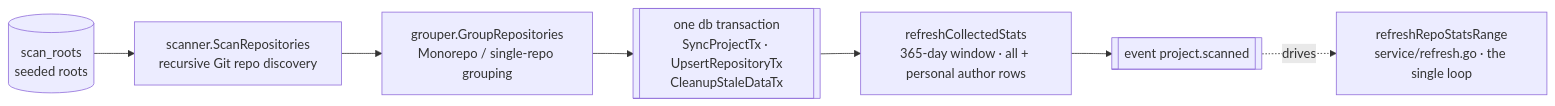
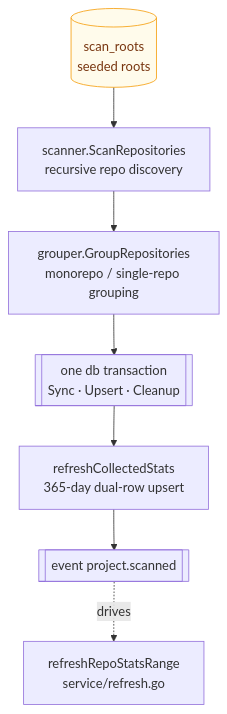
Before and after one commit to sky-jiangcheng/RepoNest: the second of 4 diagrams in docs/en/architecture.md, drawn with Mermaid. The commit also changed other lines of this file and 14 other files, not shown here.

First line of the commit message:
docs(diagrams): 全站 mermaid 图重构 — 告别'宽扁香肠'布局

````diff
--- a/docs/en/architecture.md
+++ b/docs/en/architecture.md
@@ -39,10 +39,11 @@
 ```mermaid
-flowchart LR
-    ROOTS[(scan_roots<br/>seeded roots)] --> SCAN[scanner.ScanRepositories<br/>recursive Git repo discovery]
-    SCAN --> GROUP[grouper.GroupRepositories<br/>Monorepo / single-repo grouping]
-    GROUP --> TX[["one db transaction<br/>SyncProjectTx · UpsertRepositoryTx<br/>CleanupStaleDataTx"]]
-    TX --> STATS[refreshCollectedStats<br/>365-day window · all + personal author rows]
+flowchart TB
+    ROOTS[("scan_roots<br/>seeded roots")] --> SCAN["scanner.ScanRepositories<br/>recursive repo discovery"]
+    SCAN --> GROUP["grouper.GroupRepositories<br/>monorepo / single-repo grouping"]
+    GROUP --> TX[["one db transaction<br/>Sync · Upsert · Cleanup"]]
+    TX --> STATS["refreshCollectedStats<br/>365-day dual-row upsert"]
     STATS --> EVT[["event project.scanned"]]
-    EVT -. drives .-> REFRESH
-    REFRESH[refreshRepoStatsRange<br/>service/refresh.go · the single loop]
+    EVT -.->|"drives"| REFRESH["refreshRepoStatsRange<br/>service/refresh.go"]
+        classDef store fill:#fffbeb,stroke:#f59e0b,color:#78350f
+    class ROOTS store
 ```
````
